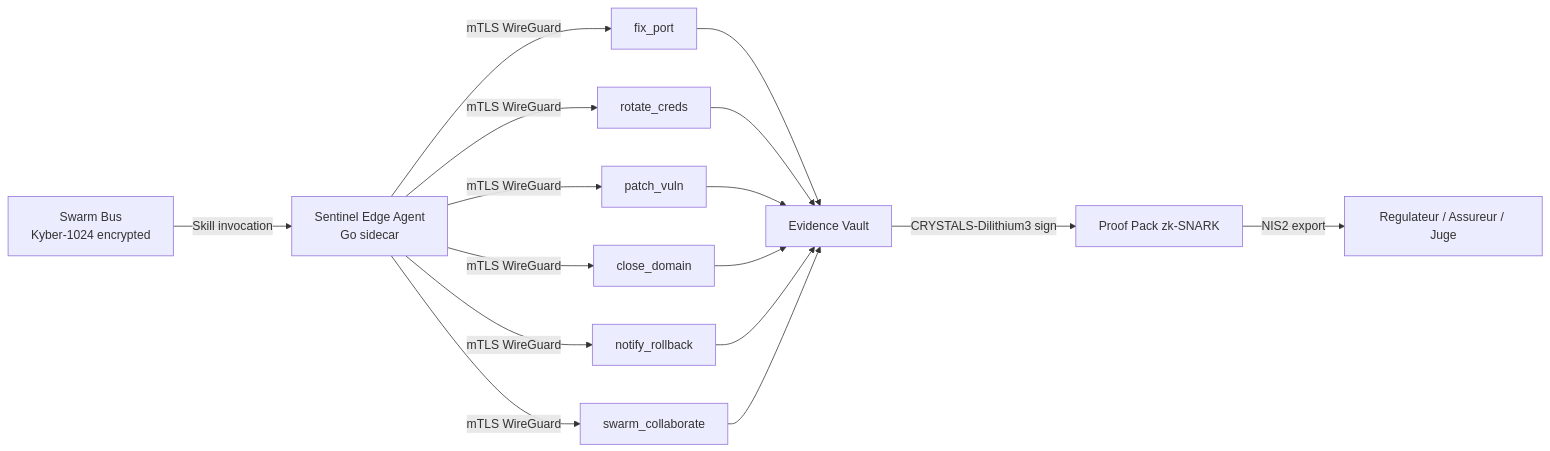
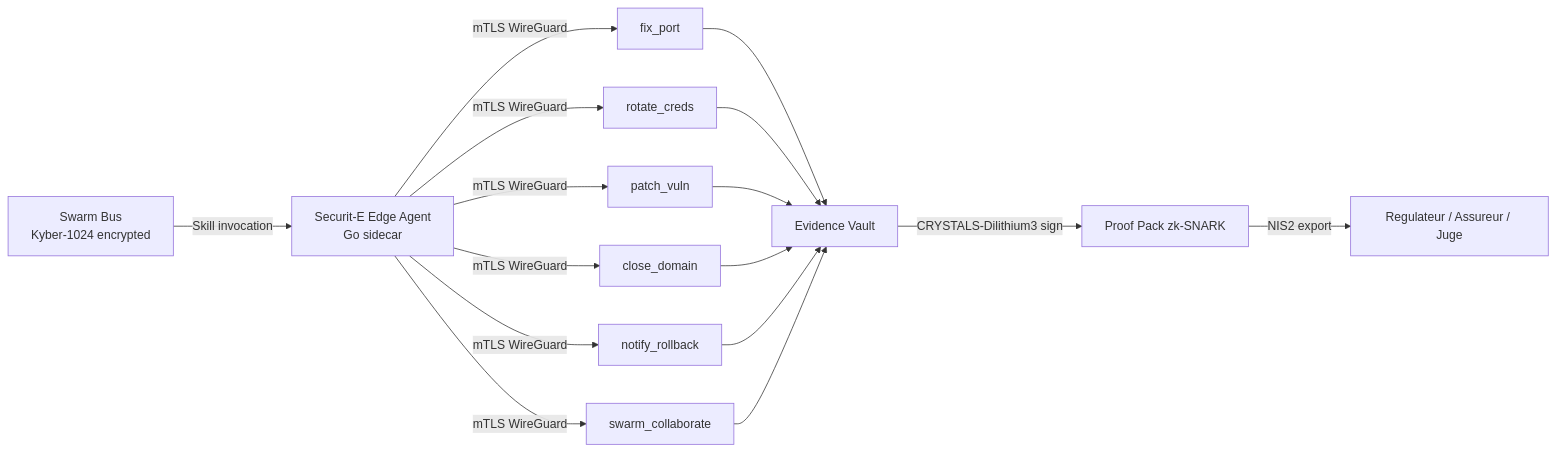
The first of 2 diagrams in sentinel-immune-agent/README.md (lemoalvivien-cmyk/edge-proof-keeper), drawn with Mermaid before and after one commit.

Commit message:
Preceding changes

````diff
--- a/sentinel-immune-agent/README.md
+++ b/sentinel-immune-agent/README.md
@@ -38,18 +38,18 @@
 ```mermaid
 graph LR
-    A[Swarm Bus<br/>Kyber-1024 encrypted] -->|Skill invocation| B[Sentinel Edge Agent<br/>Go sidecar]
+    A[Swarm Bus<br/>Kyber-1024 encrypted] -->|Skill invocation| B[Securit-E Edge Agent<br/>Go sidecar]
     B -->|mTLS WireGuard| C[fix_port]
     B -->|mTLS WireGuard| D[rotate_creds]
     B -->|mTLS WireGuard| E[patch_vuln]
     B -->|mTLS WireGuard| F[close_domain]
     B -->|mTLS WireGuard| G[notify_rollback]
     B -->|mTLS WireGuard| H[swarm_collaborate]
     C --> I[Evidence Vault]
     D --> I
     E --> I
     F --> I
     G --> I
     H --> I
     I -->|CRYSTALS-Dilithium3 sign| J[Proof Pack zk-SNARK]
     J -->|NIS2 export| K[Regulateur / Assureur / Juge]
 ```
````
